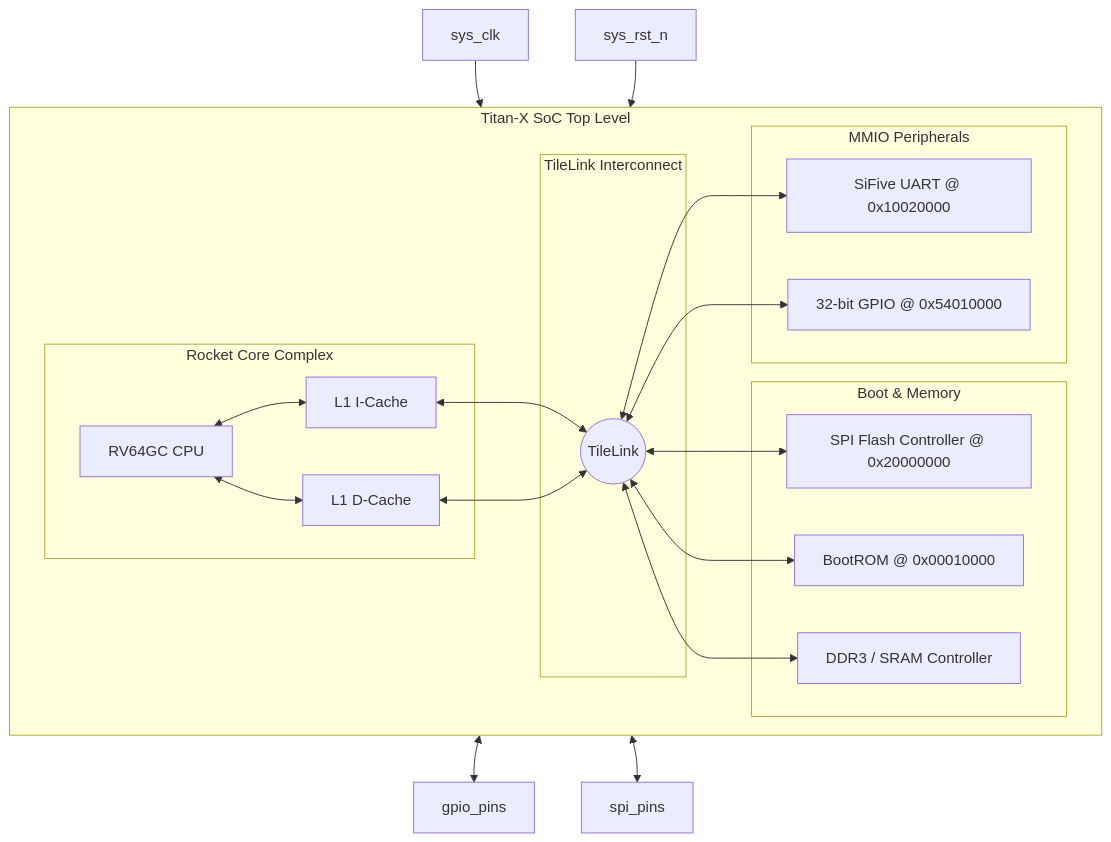
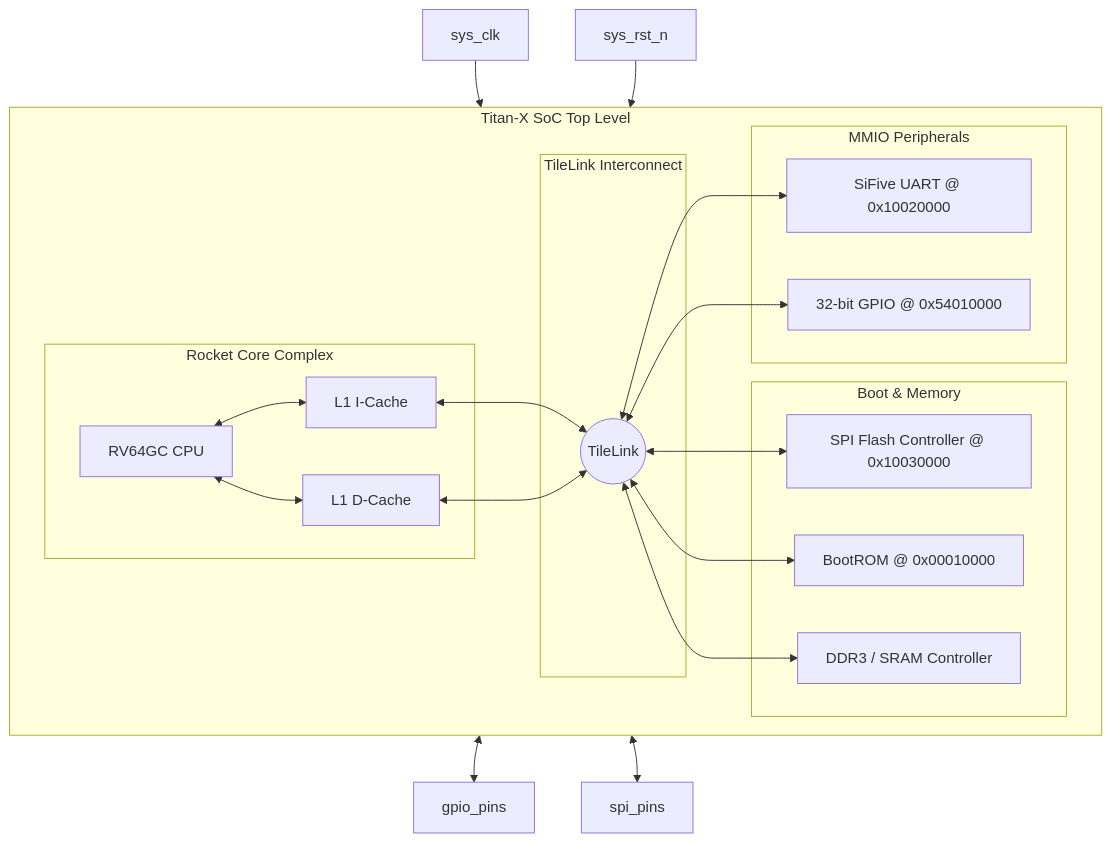
The diagram in phases/phase2-boot-infra/README.md (anupamsarashwat1-cloud/smvdu-titan-x), drawn with Mermaid before and after one commit. The commit also changed other lines of this file and 2 other files, not shown here.

Commit message:
docs(phase2): embed high-fidelity Phase 2 architecture block diagram image

````diff
--- a/phases/phase2-boot-infra/README.md
+++ b/phases/phase2-boot-infra/README.md
@@ -13,39 +21,39 @@
 ```mermaid
 graph TD
     subgraph TitanX_SoC [Titan-X SoC Top Level]
         direction LR
         subgraph CoreComplex [Rocket Core Complex]
             Core[RV64GC CPU] <--> L1I[L1 I-Cache]
             Core <--> L1D[L1 D-Cache]
         end
 
         subgraph Interconnect [TileLink Interconnect]
             TL_Bus((TileLink))
         end
 
         L1I <--> TL_Bus
         L1D <--> TL_Bus
 
         subgraph MemorySubsystem [Boot & Memory]
-            SPIFlash[SPI Flash Controller @ 0x20000000]
+            SPIFlash[SPI Flash Controller @ 0x10030000]
             BootROM[BootROM @ 0x00010000]
             DRAM[DDR3 / SRAM Controller]
         end
 
         subgraph Peripherals [MMIO Peripherals]
             UART[SiFive UART @ 0x10020000]
             GPIO[32-bit GPIO @ 0x54010000]
         end
 
         TL_Bus <--> SPIFlash
         TL_Bus <--> BootROM
         TL_Bus <--> DRAM
         TL_Bus <--> UART
         TL_Bus <--> GPIO
     end
 
     sys_clk[sys_clk] --> TitanX_SoC
     sys_rst_n[sys_rst_n] --> TitanX_SoC
     TitanX_SoC <--> gpio_pins[gpio_pins]
     TitanX_SoC <--> spi_pins[spi_pins]
 ```
````
